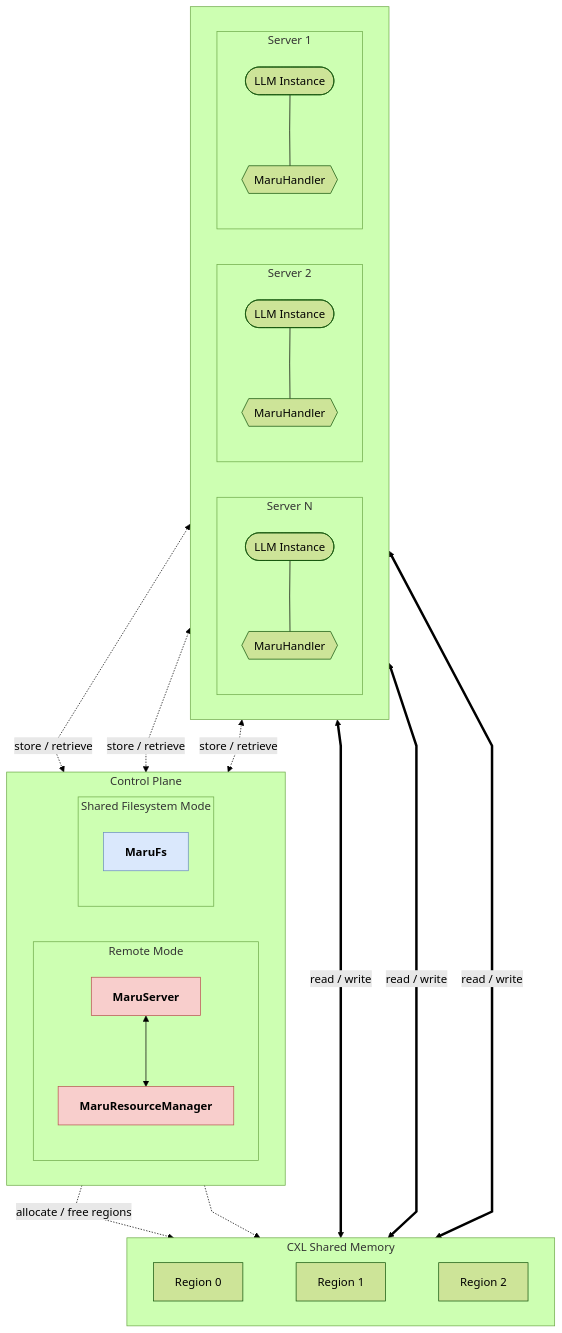
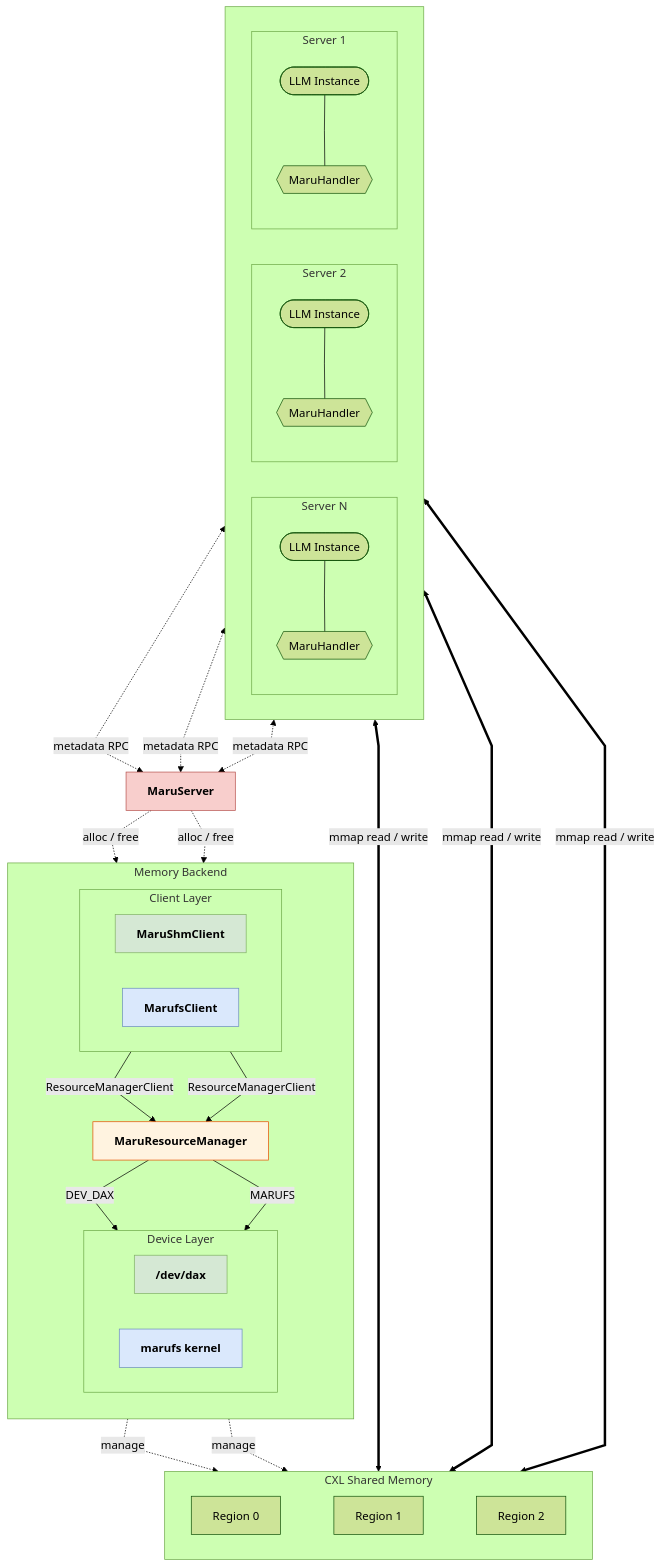
The first of 5 diagrams in docs/source/design_doc/architecture_overview.md (xcena-dev/maru), drawn with Mermaid (forest theme) before and after one commit. The commit also changed other lines of this file and 68 other files, not shown here.

Commit message:
feat: add marufs client library for CXL shared memory via VFS

````diff
--- a/docs/source/design_doc/architecture_overview.md
+++ b/docs/source/design_doc/architecture_overview.md
@@ -9,58 +9,72 @@
 ```mermaid
 %%{ init: { "flowchart": { "curve": "linear" } } }%%
 flowchart TB
     subgraph Instances[" "]
         direction LR
         subgraph SN["Server N"]
             direction TB
             V1(["LLM Instance"])
             H1{{"MaruHandler"}}
             V1 --- H1
         end
         subgraph S2["Server 2"]
             direction TB
             V2(["LLM Instance"])
             H2{{"MaruHandler"}}
             V2 --- H2
         end
         subgraph S1["Server 1"]
             direction TB
             V3(["LLM Instance"])
             H3{{"MaruHandler"}}
             V3 --- H3
         end
     end
 
-    subgraph ControlPlane["Control Plane"]
-        direction LR
-        subgraph Remote["Remote Mode"]
-            direction TB
-            MS["MaruServer"]:::maru
-            D["MaruResourceManager"]:::maru
-            MS <--> D
+    MS["MaruServer"]:::maru
+
+    H1 <-.->|"metadata RPC"| MS
+    H2 <-.->|"metadata RPC"| MS
+    H3 <-.->|"metadata RPC"| MS
+
+    subgraph Backend["Memory Backend"]
+        direction TB
+        subgraph Clients["Client Layer"]
+            direction LR
+            SHM["MaruShmClient"]:::shm
+            MFS["MarufsClient"]:::fs
         end
-        subgraph Filesystem["Shared Filesystem Mode"]
-            direction TB
-            FS["MaruFs"]:::fs
+        RM["MaruResourceManager"]:::rm
+        subgraph Drivers["Device Layer"]
+            direction LR
+            DEV["/dev/dax"]:::shm
+            KFS["marufs kernel"]:::fs
         end
     end
 
-    H1 <-.->|"store / retrieve"| FS
-    H2 <-.->|"store / retrieve"| MS
-    H3 <-.->|"store / retrieve"| MS
+    MS -.->|"alloc / free"| SHM
+    MS -.->|"alloc / free"| MFS
+
+    SHM -->|"ResourceManagerClient"| RM
+    MFS -->|"ResourceManagerClient"| RM
+
+    RM -->|"DEV_DAX"| DEV
+    RM -->|"MARUFS"| KFS
 
     subgraph CXL["CXL Shared Memory"]
         direction LR
         R0["Region 0"] ~~~ R1["Region 1"] ~~~ R2["Region 2"]
     end
 
-    D -.->|"allocate / free regions"| CXL
-    FS -.-> CXL
+    DEV -.->|"manage"| CXL
+    KFS -.->|"manage"| CXL
 
-    H1 <==>|"read / write"| CXL
-    H2 <==>|"read / write"| CXL
-    H3 <==>|"read / write"| CXL
+    H1 <==>|"mmap read / write"| CXL
+    H2 <==>|"mmap read / write"| CXL
+    H3 <==>|"mmap read / write"| CXL
 
     classDef maru fill:#f8cecc,stroke:#b85450,font-weight:bold
     classDef fs fill:#dae8fc,stroke:#6c8ebf,font-weight:bold
+    classDef shm fill:#d5e8d4,stroke:#82b366,font-weight:bold
+    classDef rm fill:#fff3e0,stroke:#e65100,font-weight:bold
 ```
````
